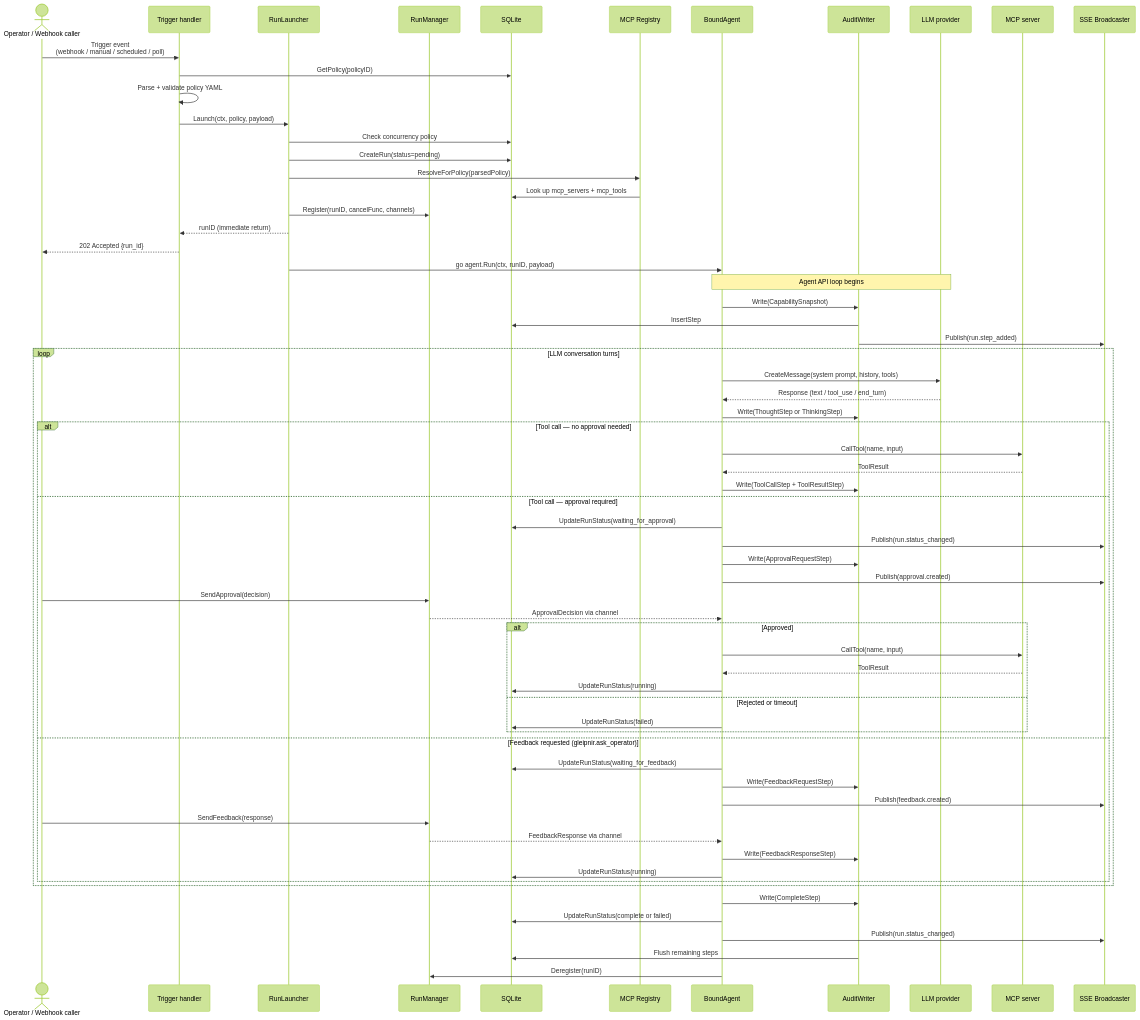
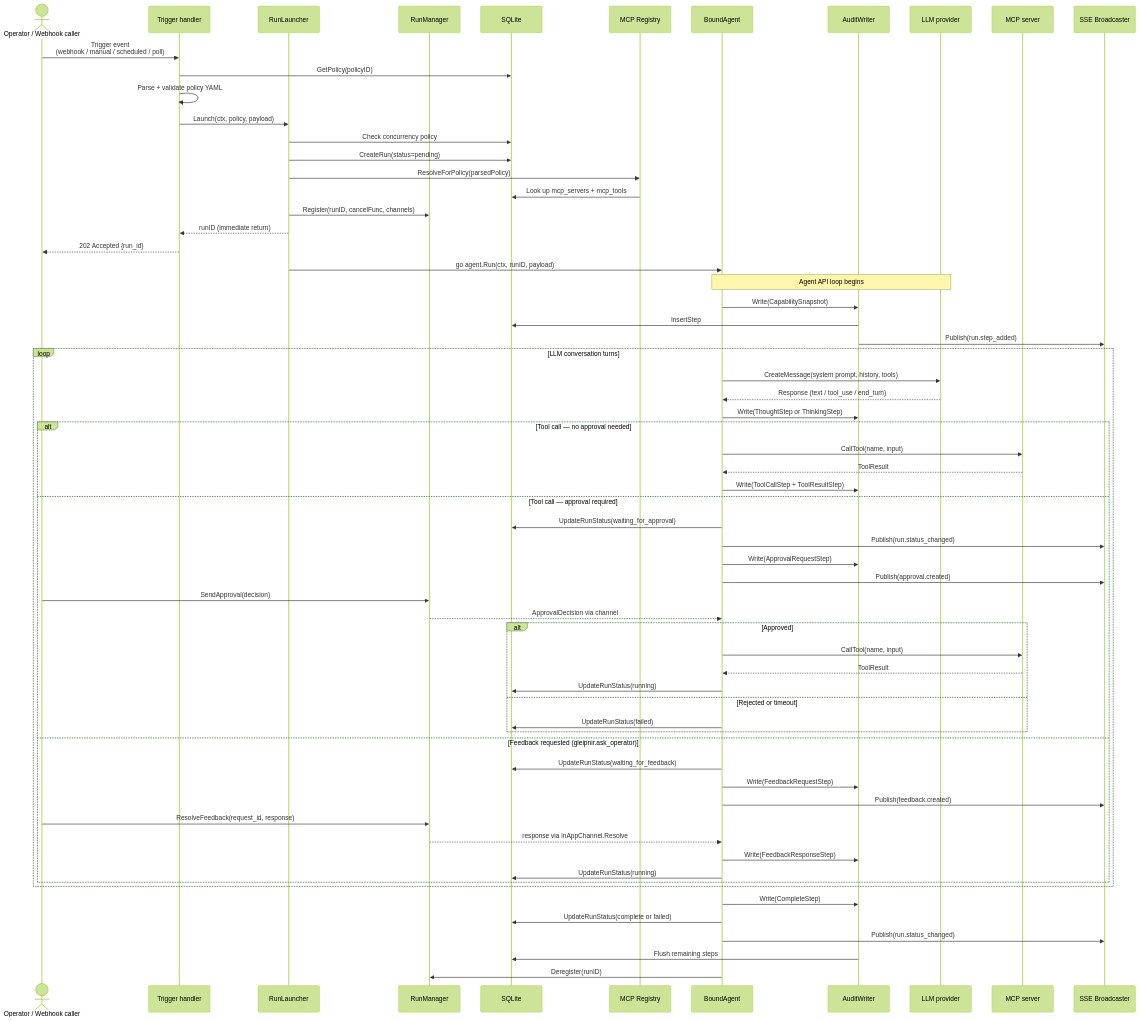
The diagram in docs/developer/diagrams/run-execution-flow.md (Felag-Engineering/gleipnir), drawn with Mermaid (forest theme) before and after one commit. The commit also changed 12 other files, not shown here.

````diff
--- a/docs/developer/diagrams/run-execution-flow.md
+++ b/docs/developer/diagrams/run-execution-flow.md
@@ -5,82 +5,82 @@
 ```mermaid
 sequenceDiagram
     actor Op as Operator / Webhook caller
     participant T as Trigger handler
     participant RL as RunLauncher
     participant RM as RunManager
     participant DB as SQLite
     participant Reg as MCP Registry
     participant BA as BoundAgent
     participant AW as AuditWriter
     participant LLM as LLM provider
     participant MCP as MCP server
     participant SSE as SSE Broadcaster
 
     Op ->> T: Trigger event<br/>(webhook / manual / scheduled / poll)
     T ->> DB: GetPolicy(policyID)
     T ->> T: Parse + validate policy YAML
     T ->> RL: Launch(ctx, policy, payload)
 
     RL ->> DB: Check concurrency policy
     RL ->> DB: CreateRun(status=pending)
     RL ->> Reg: ResolveForPolicy(parsedPolicy)
     Reg ->> DB: Look up mcp_servers + mcp_tools
     RL ->> RM: Register(runID, cancelFunc, channels)
     RL -->> T: runID (immediate return)
     T -->> Op: 202 Accepted {run_id}
 
     RL ->> BA: go agent.Run(ctx, runID, payload)
 
     Note over BA,LLM: Agent API loop begins
 
     BA ->> AW: Write(CapabilitySnapshot)
     AW ->> DB: InsertStep
     AW ->> SSE: Publish(run.step_added)
 
     loop LLM conversation turns
         BA ->> LLM: CreateMessage(system prompt, history, tools)
         LLM -->> BA: Response (text / tool_use / end_turn)
 
         BA ->> AW: Write(ThoughtStep or ThinkingStep)
 
         alt Tool call — no approval needed
             BA ->> MCP: CallTool(name, input)
             MCP -->> BA: ToolResult
             BA ->> AW: Write(ToolCallStep + ToolResultStep)
 
         else Tool call — approval required
             BA ->> DB: UpdateRunStatus(waiting_for_approval)
             BA ->> SSE: Publish(run.status_changed)
             BA ->> AW: Write(ApprovalRequestStep)
             BA ->> SSE: Publish(approval.created)
 
             Op ->> RM: SendApproval(decision)
             RM -->> BA: ApprovalDecision via channel
 
             alt Approved
                 BA ->> MCP: CallTool(name, input)
                 MCP -->> BA: ToolResult
                 BA ->> DB: UpdateRunStatus(running)
             else Rejected or timeout
                 BA ->> DB: UpdateRunStatus(failed)
             end
 
         else Feedback requested (gleipnir.ask_operator)
             BA ->> DB: UpdateRunStatus(waiting_for_feedback)
             BA ->> AW: Write(FeedbackRequestStep)
             BA ->> SSE: Publish(feedback.created)
 
-            Op ->> RM: SendFeedback(response)
-            RM -->> BA: FeedbackResponse via channel
+            Op ->> RM: ResolveFeedback(request_id, response)
+            RM -->> BA: response via inAppChannel.Resolve
 
             BA ->> AW: Write(FeedbackResponseStep)
             BA ->> DB: UpdateRunStatus(running)
         end
     end
 
     BA ->> AW: Write(CompleteStep)
     BA ->> DB: UpdateRunStatus(complete or failed)
     BA ->> SSE: Publish(run.status_changed)
     AW ->> DB: Flush remaining steps
     BA ->> RM: Deregister(runID)
 ```
````
